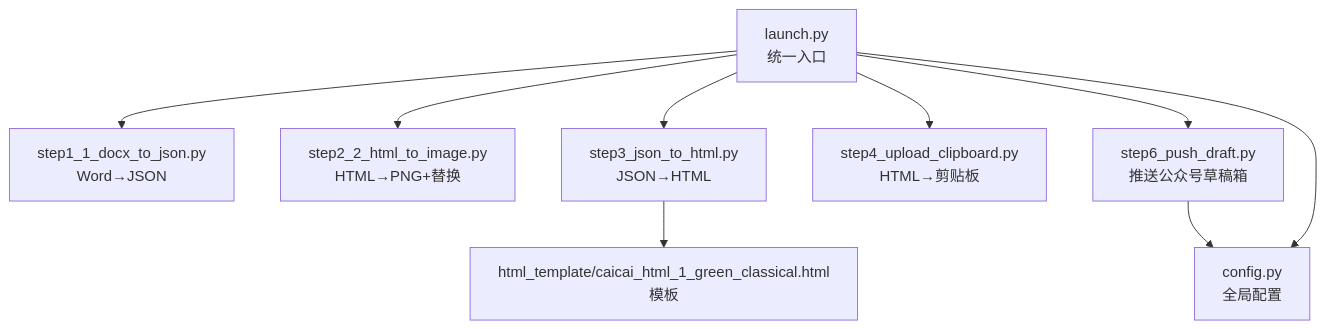
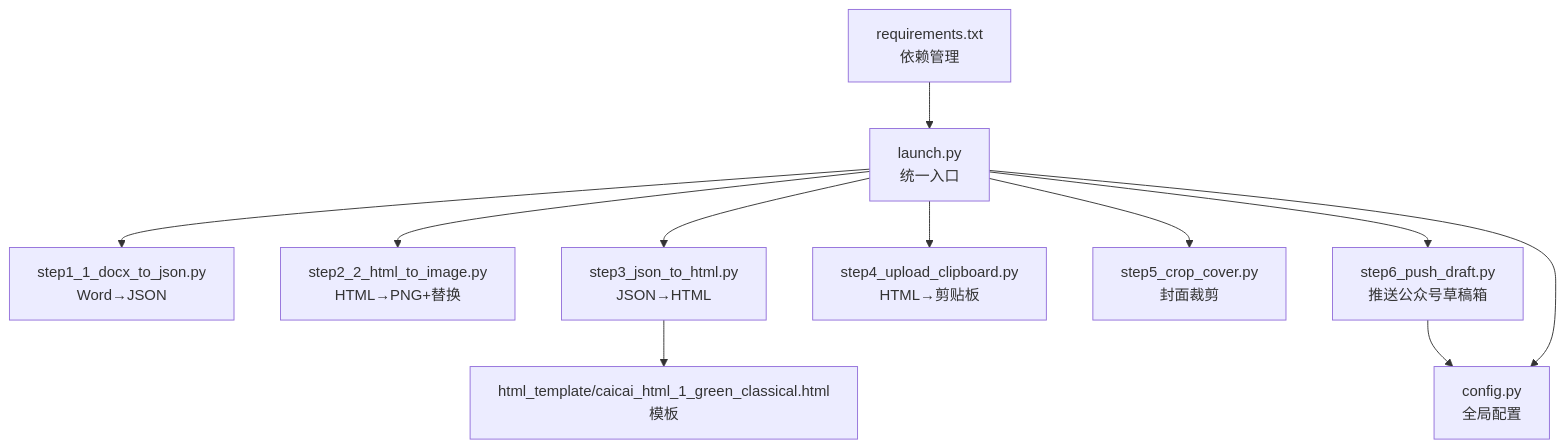
Before and after one commit to lvdonkeylv-design/content_board: the first of 3 diagrams in .qoder/repowiki/zh/content/项目概述/快速开始.md, drawn with Mermaid. The commit also changed other lines of this file and 8 other files, not shown here.

````diff
--- a/.qoder/repowiki/zh/content/项目概述/快速开始.md
+++ b/.qoder/repowiki/zh/content/项目概述/快速开始.md
@@ -41,11 +52,13 @@
 ```mermaid
 graph TB
 A["launch.py<br/>统一入口"] --> B["step1_1_docx_to_json.py<br/>Word→JSON"]
 A --> C["step2_2_html_to_image.py<br/>HTML→PNG+替换"]
 A --> D["step3_json_to_html.py<br/>JSON→HTML"]
 A --> E["step4_upload_clipboard.py<br/>HTML→剪贴板"]
-A --> F["step6_push_draft.py<br/>推送公众号草稿箱"]
-D --> G["html_template/caicai_html_1_green_classical.html<br/>模板"]
-F --> H["config.py<br/>全局配置"]
-A --> H
+A --> F["step5_crop_cover.py<br/>封面裁剪"]
+A --> G["step6_push_draft.py<br/>推送公众号草稿箱"]
+D --> H["html_template/caicai_html_1_green_classical.html<br/>模板"]
+G --> I["config.py<br/>全局配置"]
+A --> I
+J["requirements.txt<br/>依赖管理"] --> A
 ```
````
